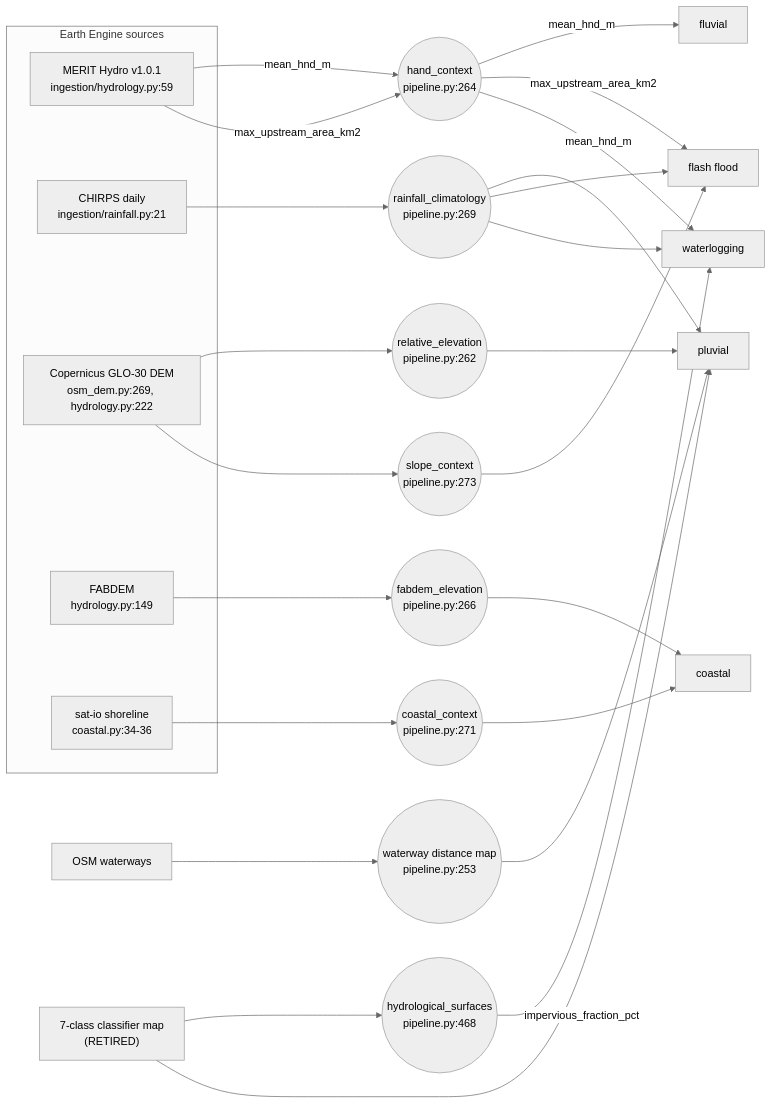
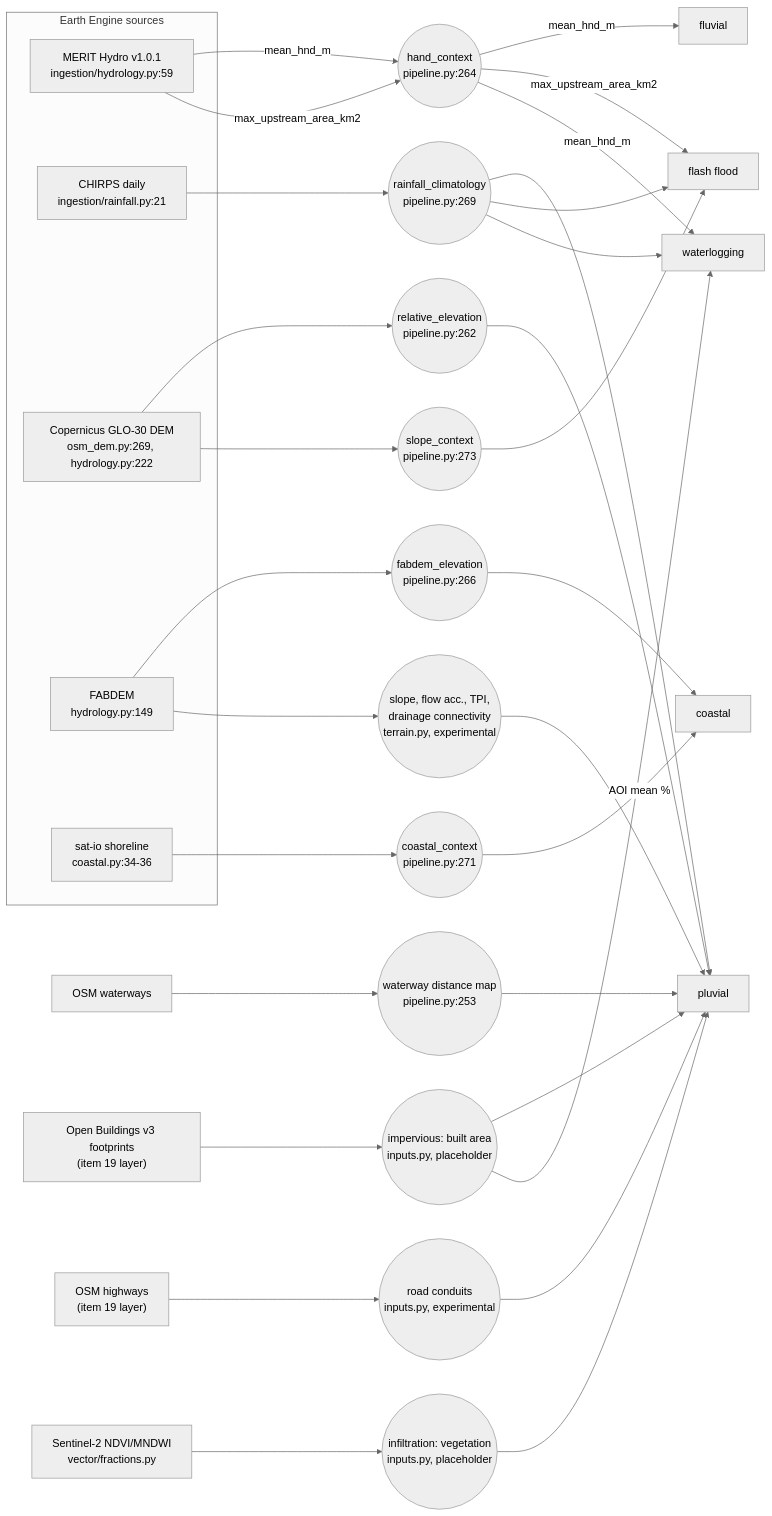
Before and after one commit to KanveerMadan/Geowatch: the diagram in docs/susceptibility_dag.md, drawn with Mermaid (neutral theme). The commit also changed other lines of this file and 1 other file, not shown here.

First line of the commit message:
Item 26: susceptibility DAG shows pluvial's new inputs (C55)

````diff
--- a/docs/susceptibility_dag.md
+++ b/docs/susceptibility_dag.md
@@ -24,40 +32,48 @@
 ```mermaid
 flowchart LR
   subgraph EE["Earth Engine sources"]
     MERIT["MERIT Hydro v1.0.1<br/>ingestion/hydrology.py:59"]
     CHIRPS["CHIRPS daily<br/>ingestion/rainfall.py:21"]
     GLO30["Copernicus GLO-30 DEM<br/>osm_dem.py:269, hydrology.py:222"]
     FAB["FABDEM<br/>hydrology.py:149"]
     SHORE["sat-io shoreline<br/>coastal.py:34-36"]
   end
   OSMW["OSM waterways"]
-  CLS["7-class classifier map<br/>(RETIRED)"]
+  OB["Open Buildings v3 footprints<br/>(item 19 layer)"]
+  OSMH["OSM highways<br/>(item 19 layer)"]
+  S2["Sentinel-2 NDVI/MNDWI<br/>vector/fractions.py"]
 
   MERIT -->|"mean_hnd_m"| HAND((hand_context<br/>pipeline.py:264))
   MERIT -->|"max_upstream_area_km2"| HAND
   CHIRPS --> RAIN((rainfall_climatology<br/>pipeline.py:269))
   GLO30 --> RELEV((relative_elevation<br/>pipeline.py:262))
   GLO30 --> SLOPE((slope_context<br/>pipeline.py:273))
   FAB --> FABE((fabdem_elevation<br/>pipeline.py:266))
   SHORE --> COAST((coastal_context<br/>pipeline.py:271))
   OSMW --> WDIST((waterway distance map<br/>pipeline.py:253))
-  CLS --> HSURF((hydrological_surfaces<br/>pipeline.py:468))
+  OB --> BUILT((impervious: built area<br/>inputs.py, placeholder))
+  S2 --> VEG((infiltration: vegetation<br/>inputs.py, placeholder))
+  OSMH --> COND((road conduits<br/>inputs.py, experimental))
+  FAB --> TERR((slope, flow acc., TPI,<br/>drainage connectivity<br/>terrain.py, experimental))
 
-  CLS --> PLU[pluvial]
+  BUILT --> PLU[pluvial]
+  VEG --> PLU
+  COND --> PLU
+  TERR --> PLU
   WDIST --> PLU
   RELEV --> PLU
   RAIN --> PLU
 
   HAND -->|mean_hnd_m| FLU[fluvial]
 
   COAST --> COA[coastal]
   FABE --> COA
 
   SLOPE --> FF[flash flood]
   HAND -->|max_upstream_area_km2| FF
   RAIN --> FF
 
   HAND -->|mean_hnd_m| WL[waterlogging]
-  HSURF -->|impervious_fraction_pct| WL
+  BUILT -->|AOI mean %| WL
   RAIN --> WL
 ```
````
